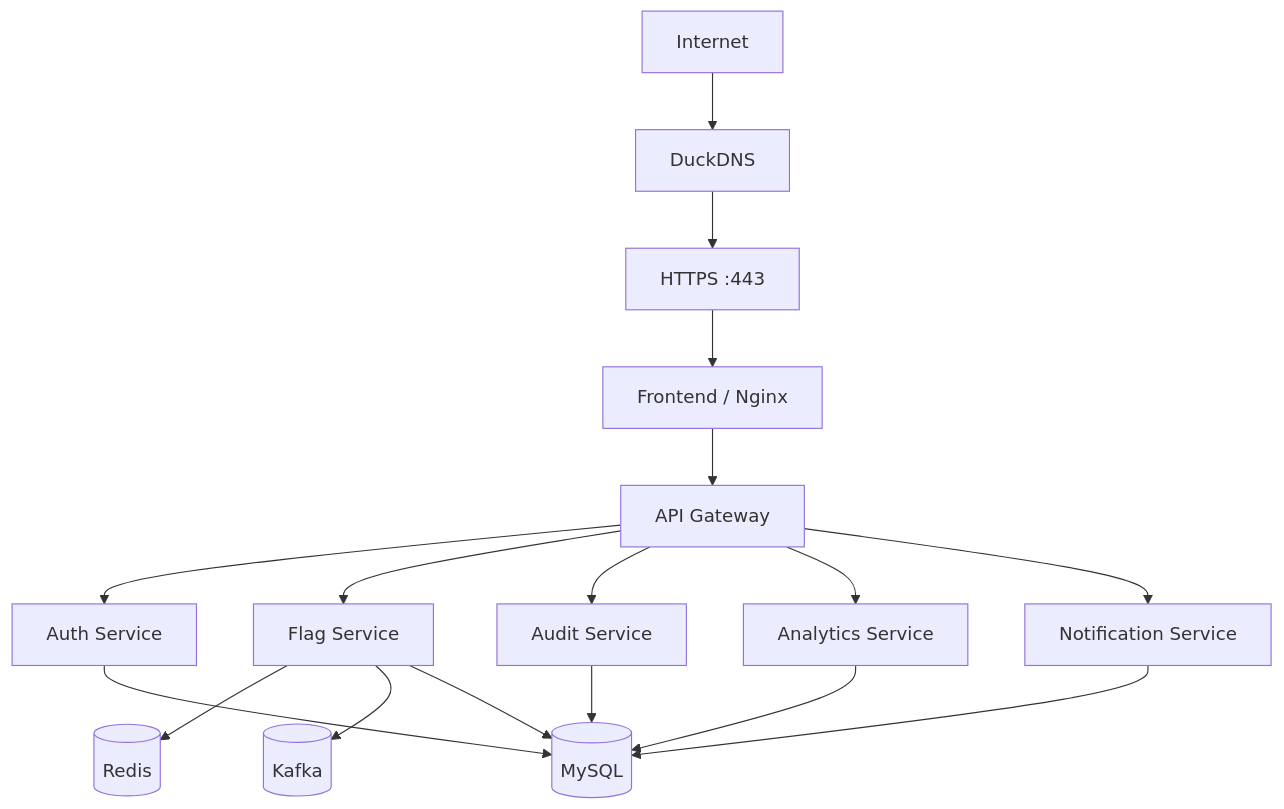
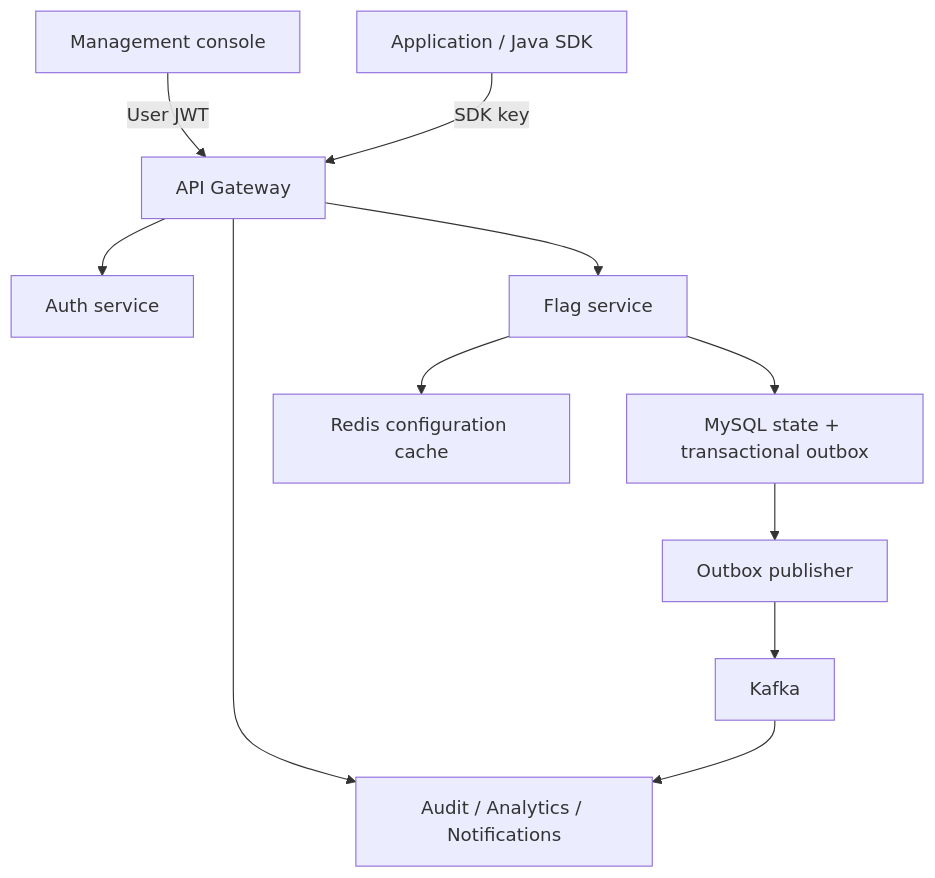
The diagram in README.md (manishjangid1499-cell/featureflag), drawn with Mermaid before and after one commit. The commit also changed other lines of this file and 4 other files, not shown here.

````diff
--- a/README.md
+++ b/README.md
@@ -189,22 +44,13 @@
 ```mermaid
 flowchart TD
-    Internet[Internet] --> DNS[DuckDNS]
-    DNS --> HTTPS[HTTPS :443]
-    HTTPS --> Nginx[Frontend / Nginx]
-    Nginx --> Gateway[API Gateway]
-
-    Gateway --> Auth[Auth Service]
-    Gateway --> Flag[Flag Service]
-    Gateway --> Audit[Audit Service]
-    Gateway --> Analytics[Analytics Service]
-    Gateway --> Notification[Notification Service]
-
-    Flag --> Redis[(Redis)]
-    Flag --> Kafka[(Kafka)]
-
-    Auth --> MySQL[(MySQL)]
-    Flag --> MySQL
-    Audit --> MySQL
-    Analytics --> MySQL
-    Notification --> MySQL
+    Console[Management console] -->|User JWT| Gateway[API Gateway]
+    Application[Application / Java SDK] -->|SDK key| Gateway
+    Gateway --> Auth[Auth service]
+    Gateway --> Flags[Flag service]
+    Gateway --> Queries[Audit / Analytics / Notifications]
+    Flags --> Storage[MySQL state + transactional outbox]
+    Flags --> Cache[Redis configuration cache]
+    Storage --> Publisher[Outbox publisher]
+    Publisher --> Kafka[Kafka]
+    Kafka --> Queries
 ```
````
